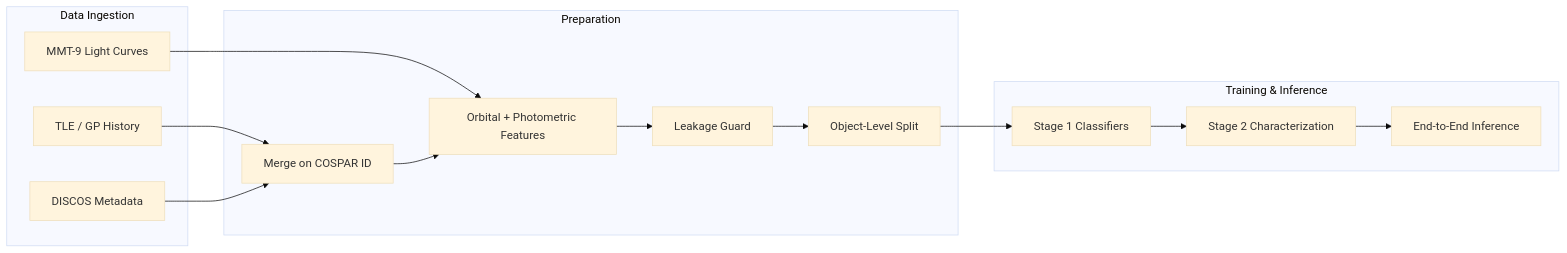
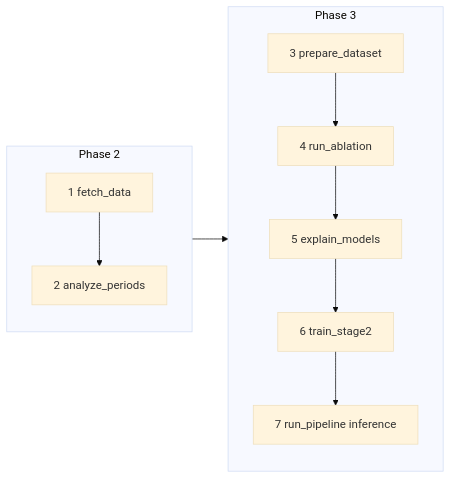
One commit to mars-colonizer/Space-Debris-Characterization changed the second of 3 diagrams in README.md. Above: the diagram before and after it, drawn with Mermaid (base theme). The commit also changed other lines of this file and 1941 other files, not shown here.

First line of the commit message:
feat: complete Phase 3 AI characterization pipeline

````diff
--- a/README.md
+++ b/README.md
@@ -25,27 +92,13 @@
 ```mermaid
 flowchart LR
-  subgraph ingest [Data Ingestion]
-    TLE[TLE / GP History]
-    DISCOS[DISCOS Metadata]
-    MMT[MMT-9 Light Curves]
+  subgraph phase2 [Phase 2]
+    A[1 fetch_data] --> B[2 analyze_periods]
   end
-
-  subgraph prep [Preparation]
-    MERGE[Merge on COSPAR ID]
-    FEAT[Orbital + Photometric Features]
-    LEAK[Leakage Guard]
-    SPLIT[Object-Level Split]
+  subgraph phase3 [Phase 3]
+    C[3 prepare_dataset] --> D[4 run_ablation]
+    D --> E[5 explain_models]
+    E --> F[6 train_stage2]
+    F --> G[7 run_pipeline inference]
   end
-
-  subgraph train [Training & Inference]
-    S1[Stage 1 Classifiers]
-    S2[Stage 2 Characterization]
-    INF[End-to-End Inference]
-  end
-
-  TLE --> MERGE
-  DISCOS --> MERGE
-  MMT --> FEAT
-  MERGE --> FEAT --> LEAK --> SPLIT
-  SPLIT --> S1 --> S2 --> INF
+  phase2 --> phase3
 ```
````
